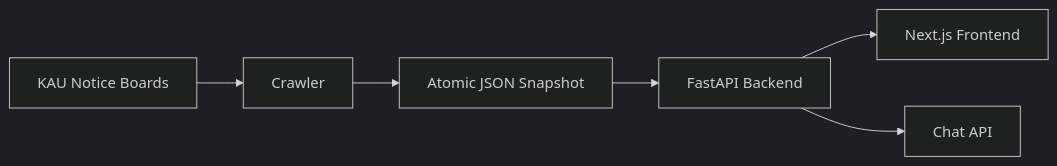
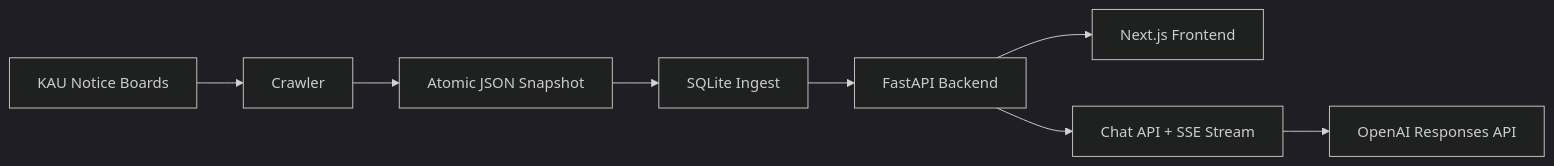
The diagram in profile/README.md (KAU-HUB-Official/.github), drawn with Mermaid (dark theme) before and after one commit. The commit also changed other lines of this file, not shown here.

````diff
--- a/profile/README.md
+++ b/profile/README.md
@@ -20,8 +20,10 @@
 ```mermaid
 flowchart LR
     A[KAU Notice Boards] --> B[Crawler]
     B --> C[Atomic JSON Snapshot]
-    C --> D[FastAPI Backend]
-    D --> E[Next.js Frontend]
-    D --> F[Chat API]
+    C --> D[SQLite Ingest]
+    D --> E[FastAPI Backend]
+    E --> F[Next.js Frontend]
+    E --> G[Chat API + SSE Stream]
+    G --> H[OpenAI Responses API]
 ```
````
